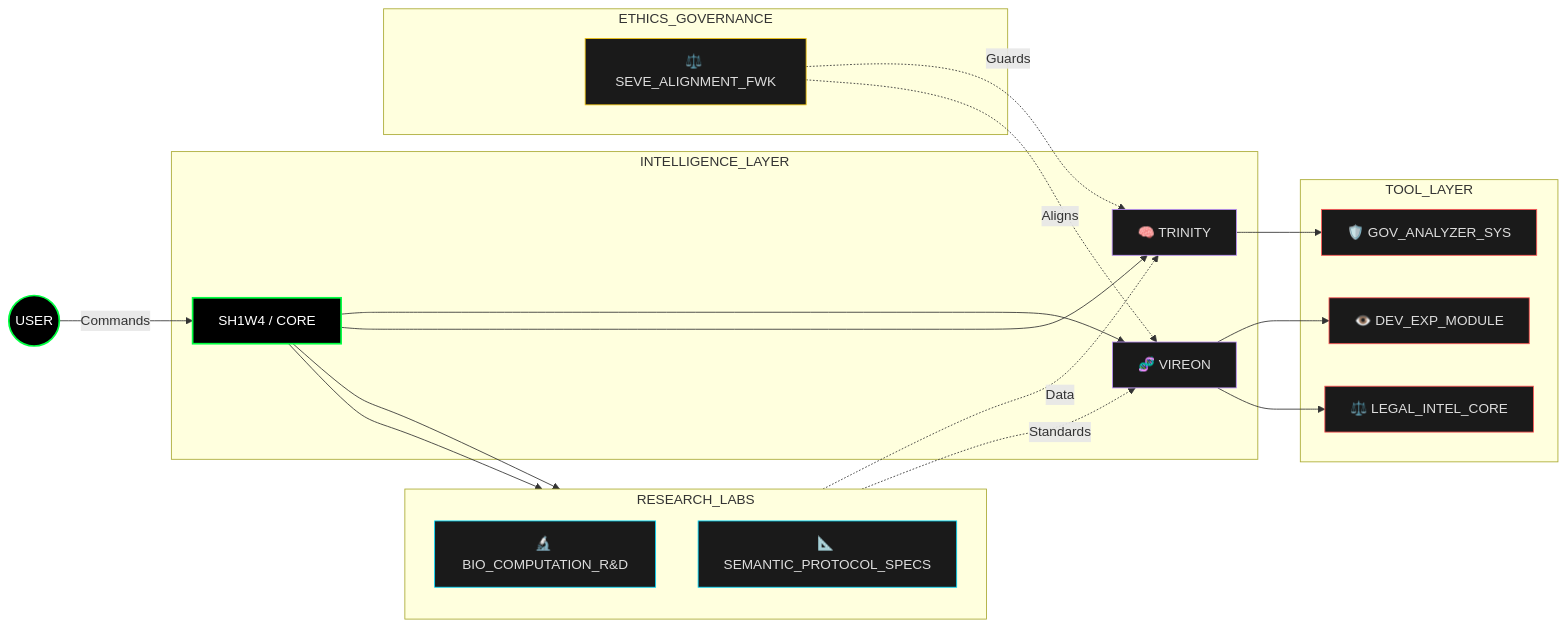
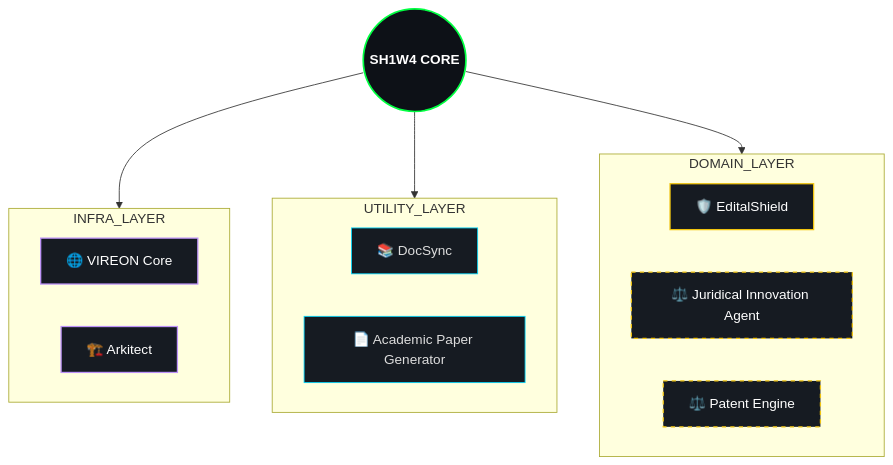
One commit to SH1W4/sh1w4 changed the first of 2 diagrams in README.md. Above: the diagram before and after it, drawn with Mermaid. The commit also changed other lines of this file and 1 other file, not shown here.

Commit message:
feat: profile hyper-evolution v2.2.0 - neural map, status terminal, and easter eggs

````diff
--- a/README.md
+++ b/README.md
@@ -61,41 +67,40 @@
 ```mermaid
-graph LR
-    %% Theme: Dark Cyberpunk
-    classDef core fill:#000,stroke:#00ff41,stroke-width:2px,color:#fff;
-    classDef agent fill:#1a1a1a,stroke:#bd93f9,stroke-width:1px,color:#ddd;
-    classDef tool fill:#1a1a1a,stroke:#ff5555,stroke-width:1px,color:#ddd;
+graph TD
+    %% Styles
+    classDef core fill:#0d1117,stroke:#00ff41,stroke-width:2px,color:#fff,font-weight:bold;
+    classDef infra fill:#161b22,stroke:#bd93f9,stroke-width:1.5px,color:#fff;
+    classDef tool fill:#161b22,stroke:#00d9ff,stroke-width:1px,color:#ddd;
+    classDef legal fill:#161b22,stroke:#f1c40f,stroke-width:1.5px,color:#fff;
+    classDef stable stroke-dasharray: 0;
+    classDef alpha stroke-dasharray: 5 5;
+    classDef active stroke:#00ff41;
 
-    User((USER)):::core -->|Commands| Core[SH1W4 / CORE]:::core
-    
-    subgraph INTELLIGENCE_LAYER
-        Core --> VIREON[🧬 VIREON]:::agent
-        Core --> TRINITY[🧠 TRINITY]:::agent
+    HUB((SH1W4 CORE)):::core
+
+    subgraph INFRA_LAYER
+        VIREON_CORE["🌐 VIREON Core"]:::infra
+        class VIREON_CORE stable
+        ARKITECT["🏗️ Arkitect"]:::infra
+        class ARKITECT stable
     end
-    
-    subgraph TOOL_LAYER
-        VIREON --> DX_KIT[👁️ DEV_EXP_MODULE]:::tool
-        VIREON --> LEGAL[⚖️ LEGAL_INTEL_CORE]:::tool
-        TRINITY --> GOV[🛡️ GOV_ANALYZER_SYS]:::tool
+    HUB --> INFRA_LAYER
+
+    subgraph UTILITY_LAYER
+        DOCSYNC["📚 DocSync"]:::tool
+        class DOCSYNC stable
+        ACADEMIC_PAPER_GENERATOR["📄 Academic Paper Generator"]:::tool
+        class ACADEMIC_PAPER_GENERATOR stable
     end
+    HUB --> UTILITY_LAYER
 
-    subgraph ETHICS_GOVERNANCE
-        SEVE[⚖️ SEVE_ALIGNMENT_FWK]:::ethics
+    subgraph DOMAIN_LAYER
+        EDITALSHIELD["🛡️ EditalShield"]:::legal
+        class EDITALSHIELD stable
+        JURIDICAL_INNOVATION_AGENT["⚖️ Juridical Innovation Agent"]:::legal
+        class JURIDICAL_INNOVATION_AGENT alpha
+        PATENT_ENGINE["⚖️ Patent Engine"]:::legal
+        class PATENT_ENGINE alpha
     end
+    HUB --> DOMAIN_LAYER
 
-    subgraph RESEARCH_LABS
-        direction TB
-        Core --> BIO[🔬 BIO_COMPUTATION_R&D]:::research
-        Core --> PROTO[📐 SEMANTIC_PROTOCOL_SPECS]:::research
-    end
-    
-    %% Ethics Governs Intelligence
-    SEVE -.->|Guards| TRINITY
-    SEVE -.->|Aligns| VIREON
-
-    %% Research feeds Intelligence
-    BIO -.->|Data| TRINITY
-    PROTO -.->|Standards| VIREON
-
-    classDef research fill:#1a1a1a,stroke:#00d9ff,stroke-width:1px,color:#ddd;
-    classDef ethics fill:#1a1a1a,stroke:#f1c40f,stroke-width:1px,color:#ddd;
 ```
````
